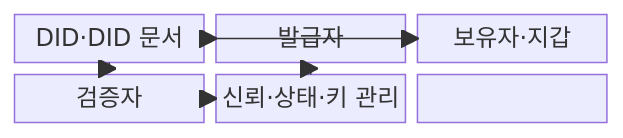
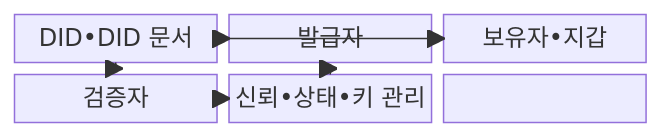
The first of 2 diagrams in src/content/docs/notes/05-security/066_did_ssi.md (agnusdei1207/knowledge-base), drawn with Mermaid before and after one commit. The commit also changed other lines of this file and 953 other files, not shown here.

````diff
--- a/src/content/docs/notes/05-security/066_did_ssi.md
+++ b/src/content/docs/notes/05-security/066_did_ssi.md
@@ -63,15 +63,15 @@
 ```mermaid
 block-beta
   columns 3
-  A["DID·DID 문서"]
+  A["DID•DID 문서"]
   B["발급자"]
-  C["보유자·지갑"]
+  C["보유자•지갑"]
   D["검증자"]
-  E["신뢰·상태·키 관리"]
+  E["신뢰•상태•키 관리"]
   B --> C --> D
   A --> B
   A --> C
   A --> D
   E --> B
   E --> D
 ```
````
